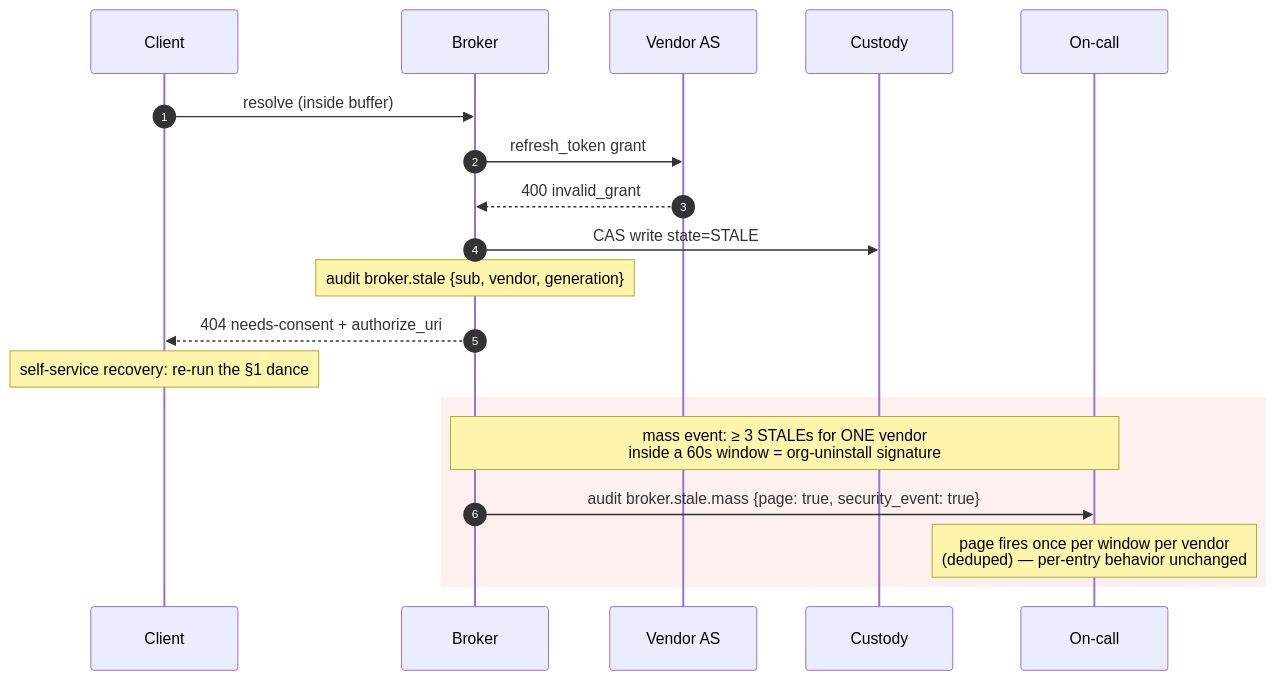
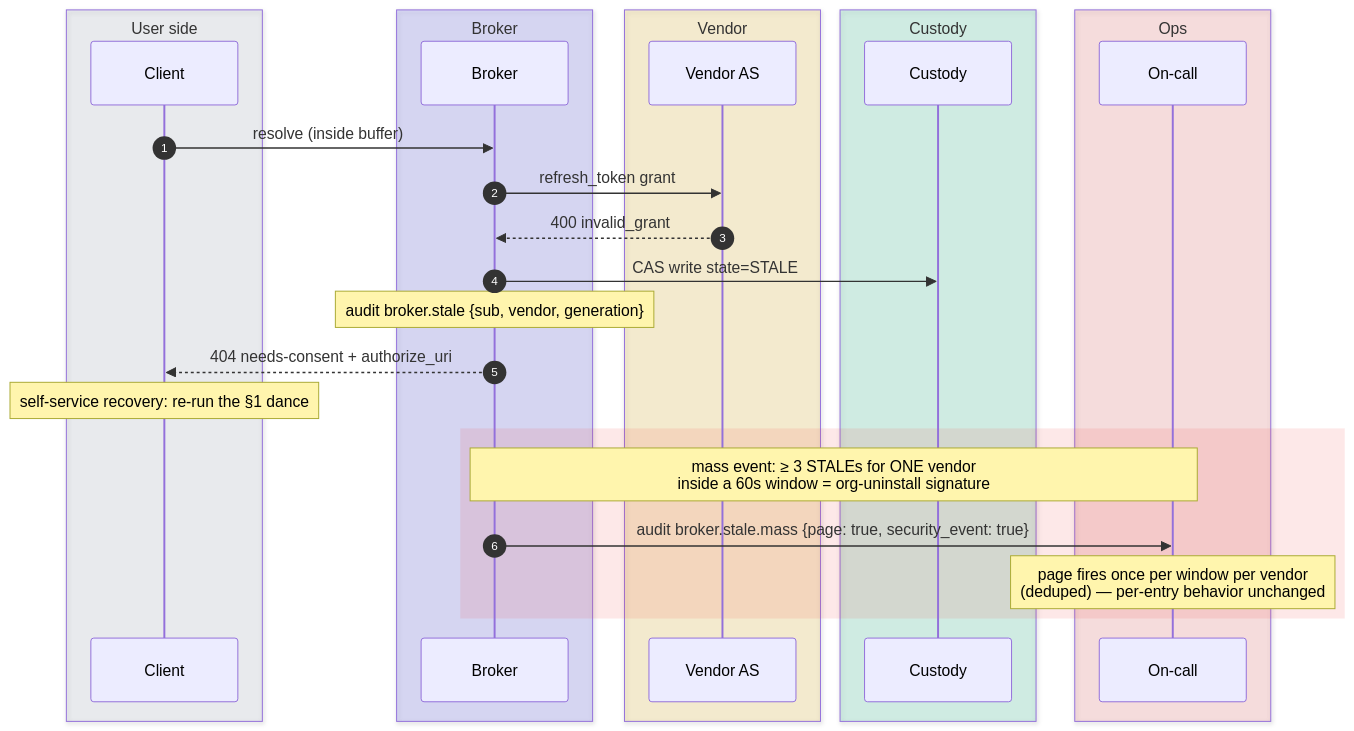
Before and after one commit to chief-builder/vendor-token-broker: the eighth of 10 diagrams in docs/token-lifecycle.md, drawn with Mermaid. The commit also changed other lines of this file and 1 other file, not shown here.

First line of the commit message:
docs: theme-aware diagram colors + decluttered orientation map

````diff
--- a/docs/token-lifecycle.md
+++ b/docs/token-lifecycle.md
@@ -272,23 +332,33 @@
 ```mermaid
 sequenceDiagram
     autonumber
-    participant C as Client
-    participant B as Broker
-    participant V as Vendor AS
-    participant K as Custody
-    participant O as On-call
+    box rgba(148,163,184,0.14) User side
+        participant C as Client
+    end
+    box rgba(99,102,241,0.20) Broker
+        participant B as Broker
+    end
+    box rgba(234,179,8,0.16) Vendor
+        participant V as Vendor AS
+    end
+    box rgba(16,185,129,0.16) Custody
+        participant K as Custody
+    end
+    box rgba(239,68,68,0.14) Ops
+        participant O as On-call
+    end
 
     C->>B: resolve (inside buffer)
     B->>V: refresh_token grant
     V-->>B: 400 invalid_grant
     B->>K: CAS write state=STALE
     Note over B: audit broker.stale {sub, vendor, generation}
     B-->>C: 404 needs-consent + authorize_uri
     Note over C: self-service recovery: re-run the §1 dance
 
-    rect rgb(255, 240, 240)
+    rect rgba(239,68,68,0.12)
         Note over B,O: mass event: ≥ 3 STALEs for ONE vendor<br/>inside a 60s window = org-uninstall signature
         B->>O: audit broker.stale.mass {page: true, security_event: true}
         Note over O: page fires once per window per vendor<br/>(deduped) — per-entry behavior unchanged
     end
 ```
````
